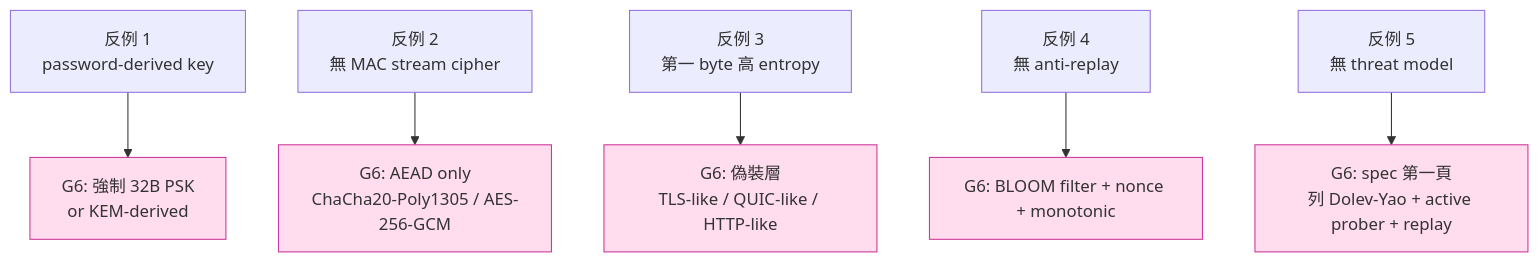
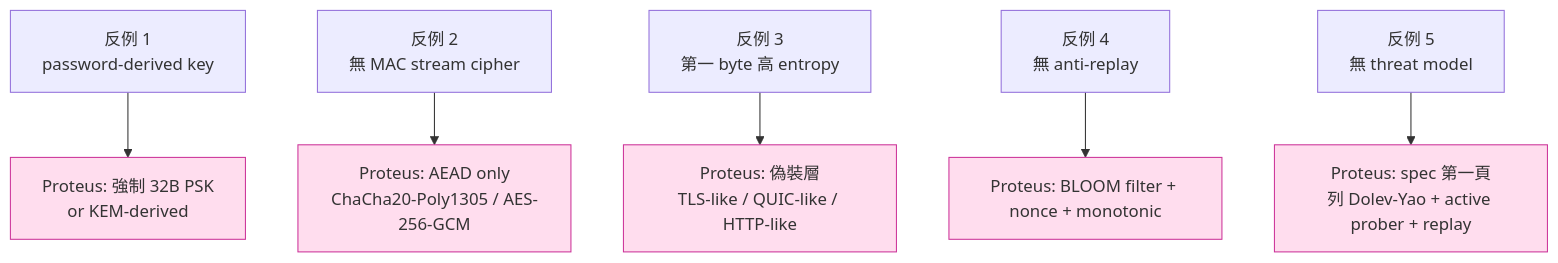
One commit to Icarus603/network-from-scratch changed the fifth of 5 diagrams in lessons/part-7-proxy-protocols/7.2-shadowsocks-stream-era.md. Above: the diagram before and after it, drawn with Mermaid. The commit also changed other lines of this file and 300 other files, not shown here.

````diff
--- a/lessons/part-7-proxy-protocols/7.2-shadowsocks-stream-era.md
+++ b/lessons/part-7-proxy-protocols/7.2-shadowsocks-stream-era.md
@@ -383,11 +383,11 @@
 ```mermaid
 flowchart TD
-    A1[反例 1<br/>password-derived key] --> G1[G6: 強制 32B PSK<br/>or KEM-derived]
-    A2[反例 2<br/>無 MAC stream cipher] --> G2[G6: AEAD only<br/>ChaCha20-Poly1305 / AES-256-GCM]
-    A3[反例 3<br/>第一 byte 高 entropy] --> G3[G6: 偽裝層<br/>TLS-like / QUIC-like / HTTP-like]
-    A4[反例 4<br/>無 anti-replay] --> G4[G6: BLOOM filter + nonce + monotonic]
-    A5[反例 5<br/>無 threat model] --> G5[G6: spec 第一頁<br/>列 Dolev-Yao + active prober + replay]
+    A1[反例 1<br/>password-derived key] --> G1[Proteus: 強制 32B PSK<br/>or KEM-derived]
+    A2[反例 2<br/>無 MAC stream cipher] --> G2[Proteus: AEAD only<br/>ChaCha20-Poly1305 / AES-256-GCM]
+    A3[反例 3<br/>第一 byte 高 entropy] --> G3[Proteus: 偽裝層<br/>TLS-like / QUIC-like / HTTP-like]
+    A4[反例 4<br/>無 anti-replay] --> G4[Proteus: BLOOM filter + nonce + monotonic]
+    A5[反例 5<br/>無 threat model] --> G5[Proteus: spec 第一頁<br/>列 Dolev-Yao + active prober + replay]
 
     classDef ours fill:#fde,stroke:#c39
     class G1,G2,G3,G4,G5 ours
 ```
````
